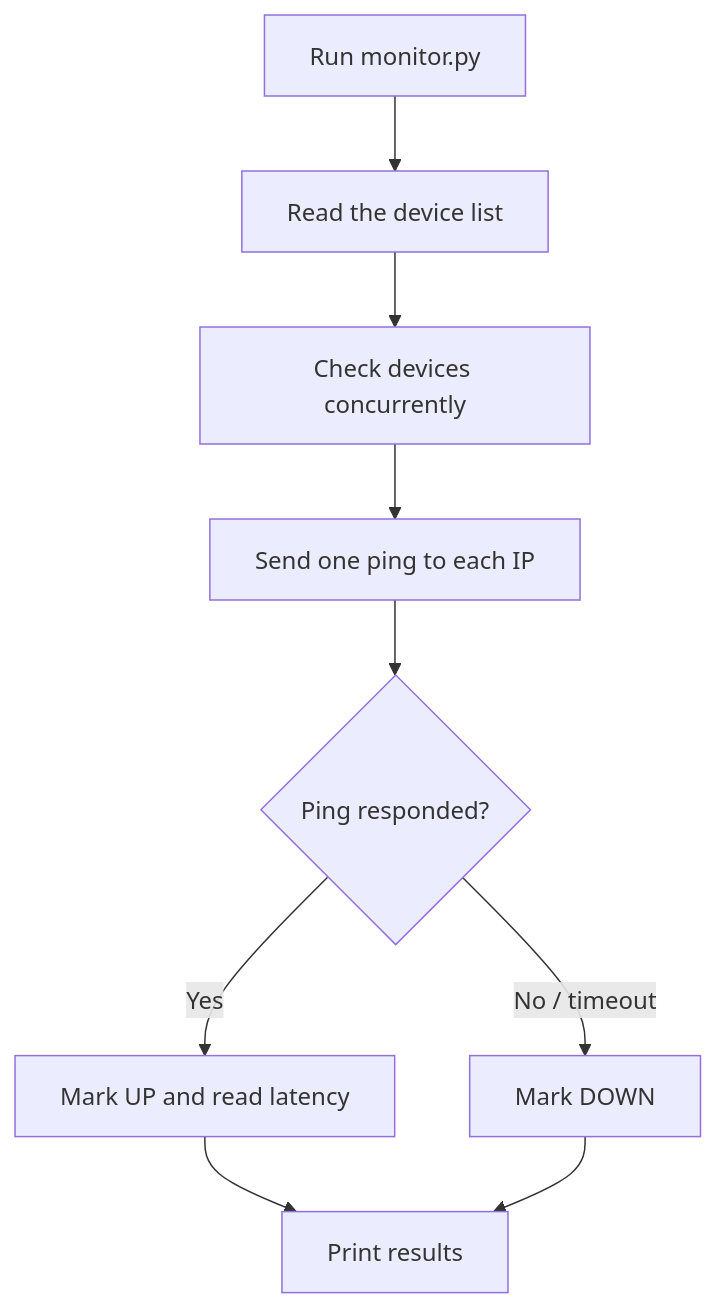
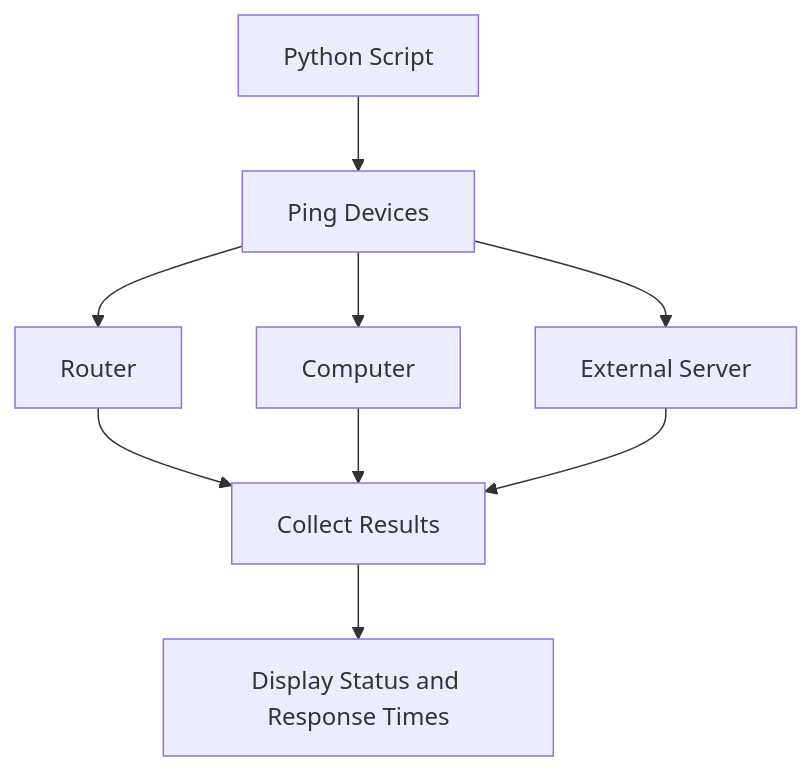
The diagram in README.md (ashrithkanala/network-monitoring-tool), drawn with Mermaid before and after one commit. The commit also changed other lines of this file, not shown here.

````diff
--- a/README.md
+++ b/README.md
@@ -9,11 +20,11 @@
 ```mermaid
 flowchart TD
-    A[Run monitor.py] --> B[Read the device list]
-    B --> C[Check devices concurrently]
-    C --> D[Send one ping to each IP]
-    D --> E{Ping responded?}
-    E -->|Yes| F[Mark UP and read latency]
-    E -->|No / timeout| G[Mark DOWN]
-    F --> H[Print results]
-    G --> H
+    A[Python Script] --> B[Ping Devices]
+    B --> C[Router]
+    B --> D[Computer]
+    B --> E[External Server]
+    C --> F[Collect Results]
+    D --> F
+    E --> F
+    F --> G[Display Status and Response Times]
 ```
````
